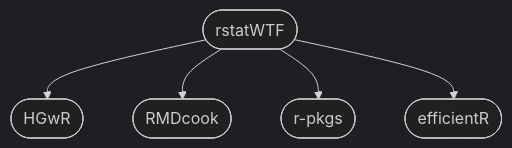
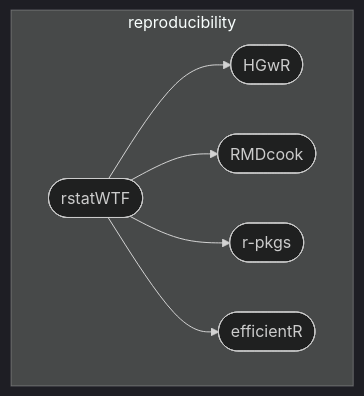
The third of 4 diagrams in README.md (parmsam/r-learning-paths), drawn with Mermaid (dark theme) before and after one commit. The commit also changed other lines of this file, not shown here.

````diff
--- a/README.md
+++ b/README.md
@@ -50,17 +63,19 @@
 ```mermaid
 graph TD
     D1([rstatWTF])
     D2([HGwR])
     D3([RMDcook])
     D4([r-pkgs])
     D5([efficientR])
     click D1 "https://rstats.wtf/"
     click D2 "https://happygitwithr.com/"
     click D3 "https://bookdown.org/yihui/rmarkdown-cookbook/"
     click D4 "https://r-pkgs.org/"
     click D5 "https://csgillespie.github.io/efficientR/"
+    subgraph reproducibility
     D1 --> D2
     D1 --> D3
     D1 --> D4
     D1 --> D5
+    end
 ```
````
